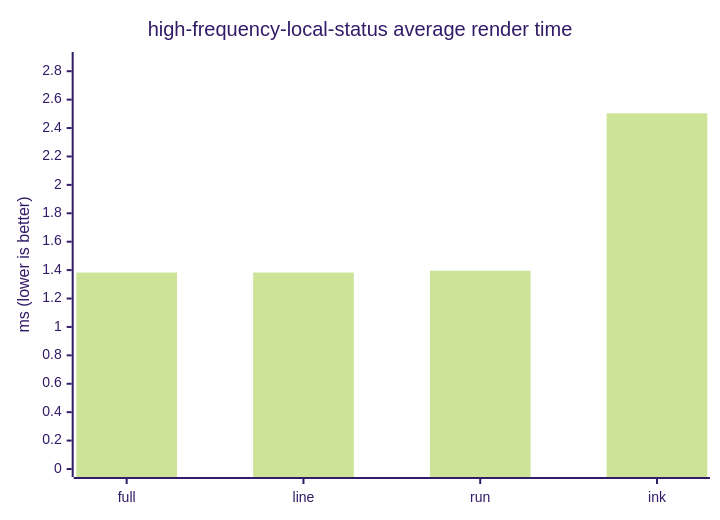
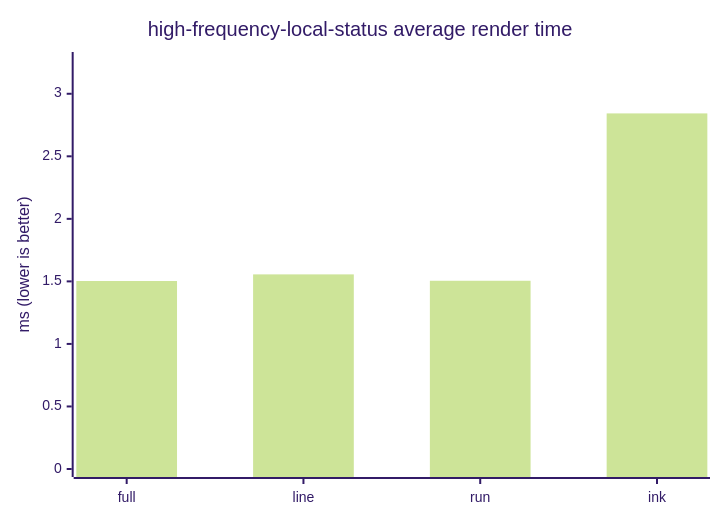
One commit to ByteLandTechnology/tinky changed the third of 10 diagrams in docs/benchmark.md. Above: the diagram before and after it, drawn with Mermaid (forest theme). The commit also changed other lines of this file and 1 other file, not shown here.

````diff
--- a/docs/benchmark.md
+++ b/docs/benchmark.md
@@ -79,7 +79,7 @@
 ```mermaid
 xychart-beta
     title "high-frequency-local-status average render time"
     x-axis ["full", "line", "run", "ink"]
-    y-axis "ms (lower is better)" 0 --> 2.879
-    bar [1.383, 1.383, 1.396, 2.504]
+    y-axis "ms (lower is better)" 0 --> 3.27
+    bar [1.503, 1.556, 1.505, 2.843]
 ```
````
